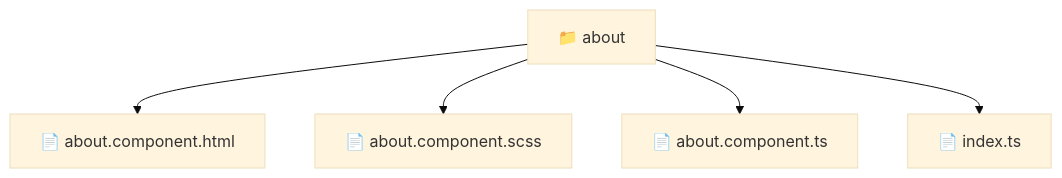
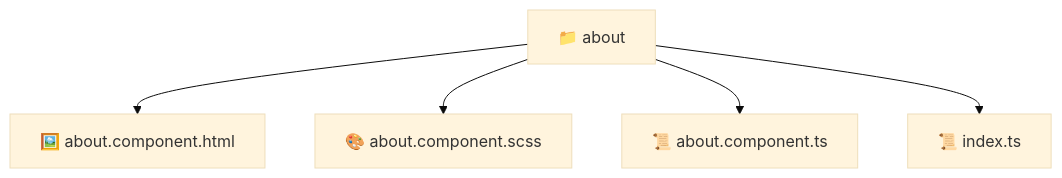
One commit to beginwebdev2002/fullstack-mavluda changed the diagram in frontend/src/pages/about/README.md. Above: the diagram before and after it, drawn with Mermaid (base theme). The commit also changed other lines of this file and 163 other files, not shown here.

````diff
--- a/frontend/src/pages/about/README.md
+++ b/frontend/src/pages/about/README.md
@@ -11,8 +11,8 @@
 ```mermaid
 graph TD
-  Root["📁 about"]
-  Root --> about_component_html["📄 about.component.html"]
-  Root --> about_component_scss["📄 about.component.scss"]
-  Root --> about_component_ts["📄 about.component.ts"]
-  Root --> index_ts["📄 index.ts"]
+  about["📁 about"]
+  about --> about_component_html["🖼️ about.component.html"]
+  about --> about_component_scss["🎨 about.component.scss"]
+  about --> about_component_ts["📜 about.component.ts"]
+  about --> index_ts["📜 index.ts"]
 ```
````
